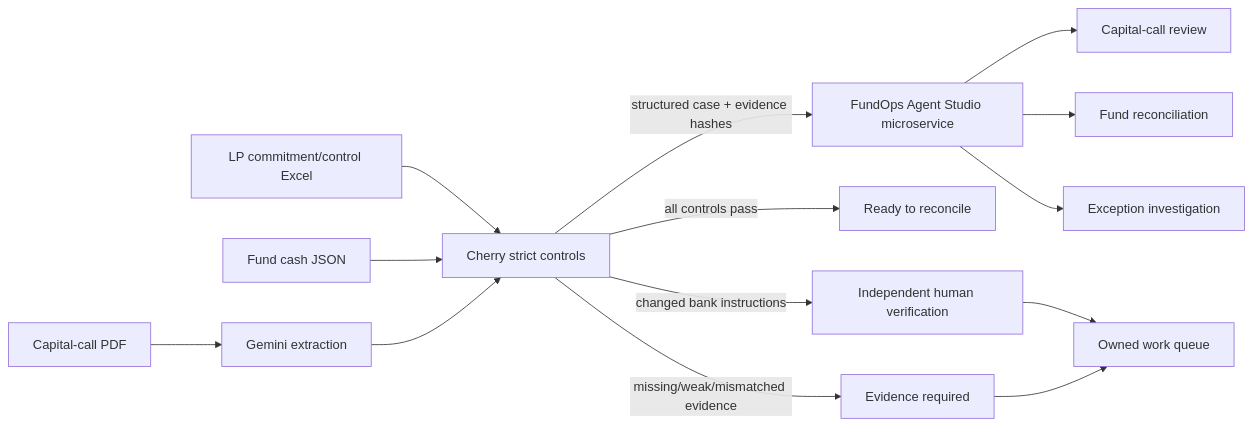
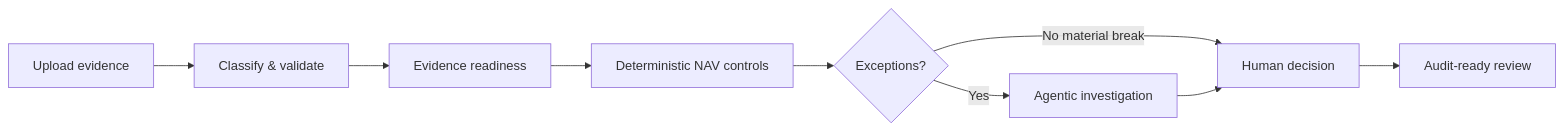
Before and after one commit to sohamtech-uk/cherry-agentic-finops: the first of 2 diagrams in README.md, drawn with Mermaid. The commit also changed other lines of this file and 11 other files, not shown here.

````diff
--- a/README.md
+++ b/README.md
@@ -44,16 +32,11 @@
 ```mermaid
 flowchart LR
-  P[Capital-call PDF] --> G[Gemini extraction]
-  X[LP commitment/control Excel] --> C[Cherry strict controls]
-  J[Fund cash JSON] --> C
-  G --> C
-  C -->|structured case + evidence hashes| S[FundOps Agent Studio microservice]
-  S --> SR[Capital-call review]
-  S --> RR[Fund reconciliation]
-  S --> ER[Exception investigation]
-  C -->|all controls pass| R[Ready to reconcile]
-  C -->|changed bank instructions| H[Independent human verification]
-  C -->|missing/weak/mismatched evidence| E[Evidence required]
-  H --> W[Owned work queue]
-  E --> W
+    E[Upload evidence] --> C[Classify & validate]
+    C --> R[Evidence readiness]
+    R --> D[Deterministic NAV controls]
+    D --> X{Exceptions?}
+    X -->|No material break| H[Human decision]
+    X -->|Yes| A[Agentic investigation]
+    A --> H
+    H --> O[Audit-ready review]
 ```
````
